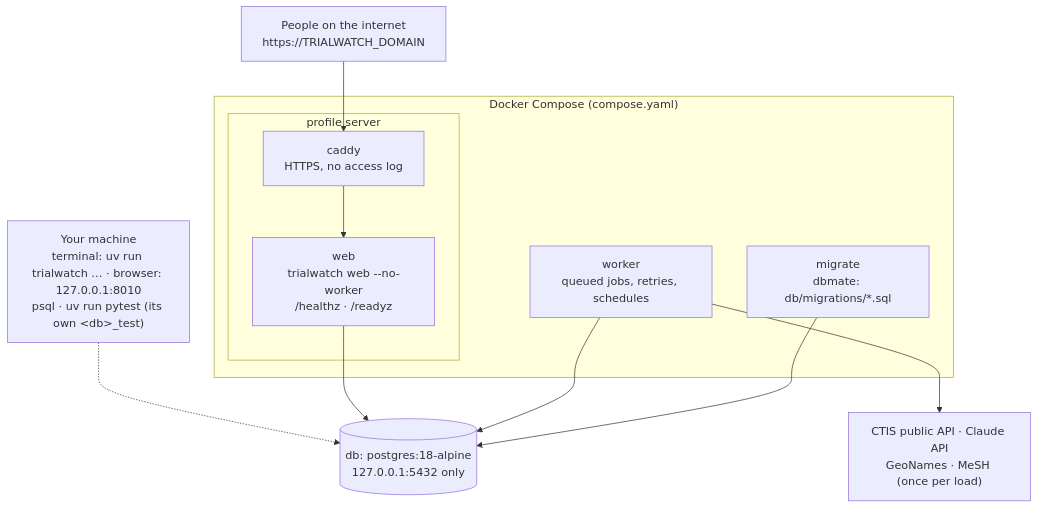
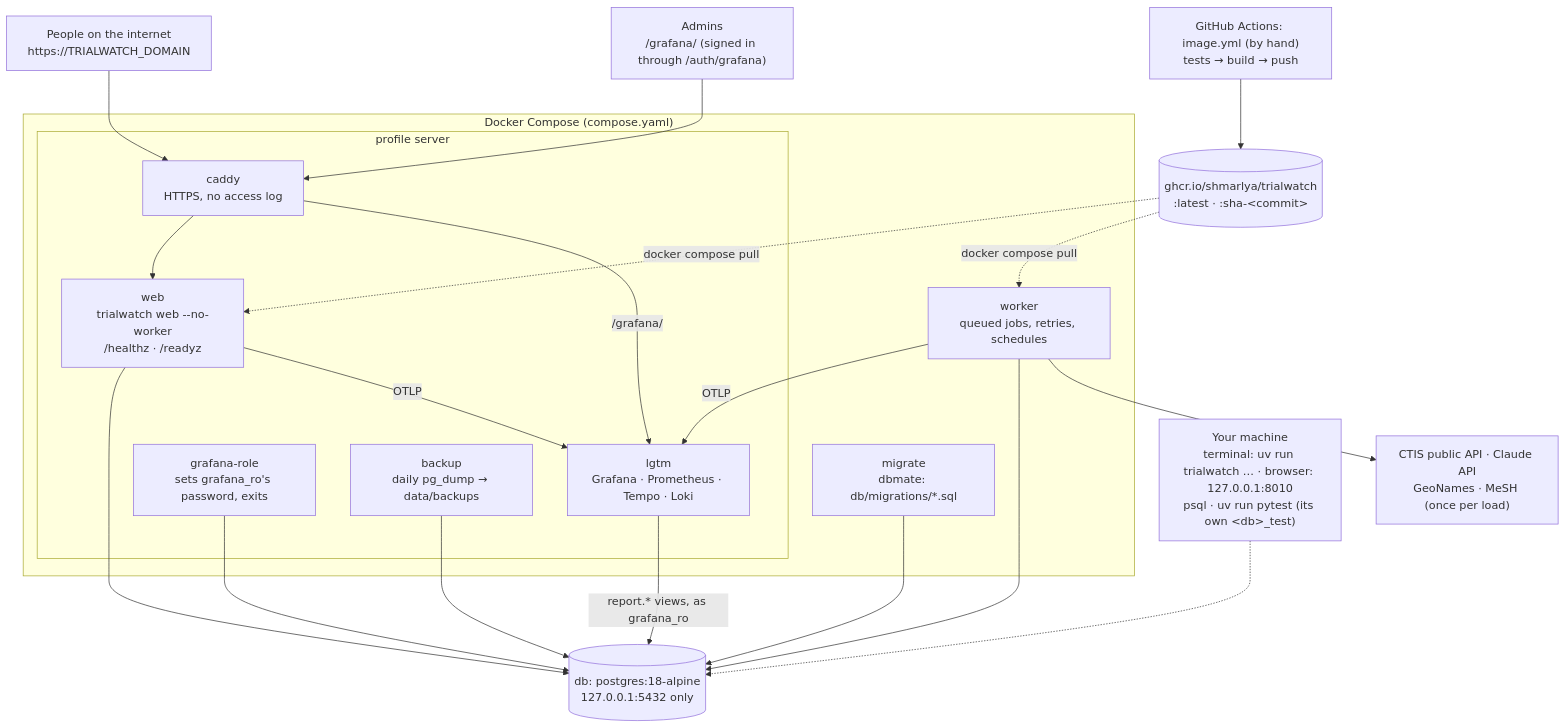
The first of 2 diagrams in docs/operations.md (shmarlya/trialwatch), drawn with Mermaid before and after one commit. The commit also changed other lines of this file and 6 other files, not shown here.

First line of the commit message:
docs: diagrams match the code, deploy from the image, plain style wording

````diff
--- a/docs/operations.md
+++ b/docs/operations.md
@@ -6,21 +6,37 @@
 ```mermaid
 flowchart TB
     you["Your machine<br>terminal: uv run trialwatch … · browser: 127.0.0.1:8010<br>psql · uv run pytest (its own &lt;db&gt;_test)"]
     people["People on the internet<br>https://TRIALWATCH_DOMAIN"]
+    admins["Admins<br>/grafana/ (signed in through /auth/grafana)"]
+    actions["GitHub Actions: image.yml (by hand)<br>tests → build → push"]
+    ghcr[("ghcr.io/shmarlya/trialwatch<br>:latest · :sha-&lt;commit&gt;")]
     subgraph compose["Docker Compose (compose.yaml)"]
         subgraph server["profile server"]
             caddy["caddy<br>HTTPS, no access log"]
             web["web<br>trialwatch web --no-worker<br>/healthz · /readyz"]
+            lgtm["lgtm<br>Grafana · Prometheus · Tempo · Loki"]
+            grafana_role["grafana-role<br>sets grafana_ro's password, exits"]
+            backup["backup<br>daily pg_dump → data/backups"]
         end
         worker["worker<br>queued jobs, retries, schedules"]
         migrate["migrate<br>dbmate: db/migrations/*.sql"]
     end
     db[("db: postgres:18-alpine<br>127.0.0.1:5432 only")]
     external["CTIS public API · Claude API<br>GeoNames · MeSH (once per load)"]
+    actions --> ghcr
+    ghcr -. "docker compose pull" .-> web
+    ghcr -. "docker compose pull" .-> worker
     people --> caddy --> web
+    admins --> caddy
+    caddy -- "/grafana/" --> lgtm
     you -.-> db
     web --> db
     worker --> db
     migrate --> db
+    backup --> db
+    grafana_role --> db
+    lgtm -- "report.* views, as grafana_ro" --> db
+    web -- "OTLP" --> lgtm
+    worker -- "OTLP" --> lgtm
     worker --> external
 ```
````
